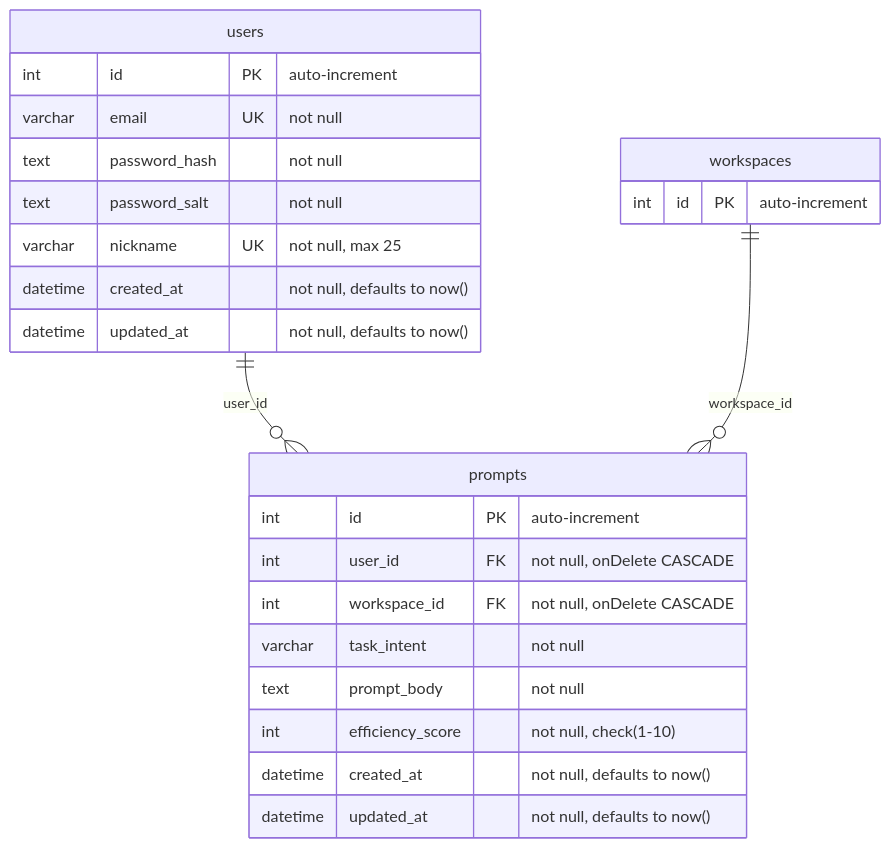
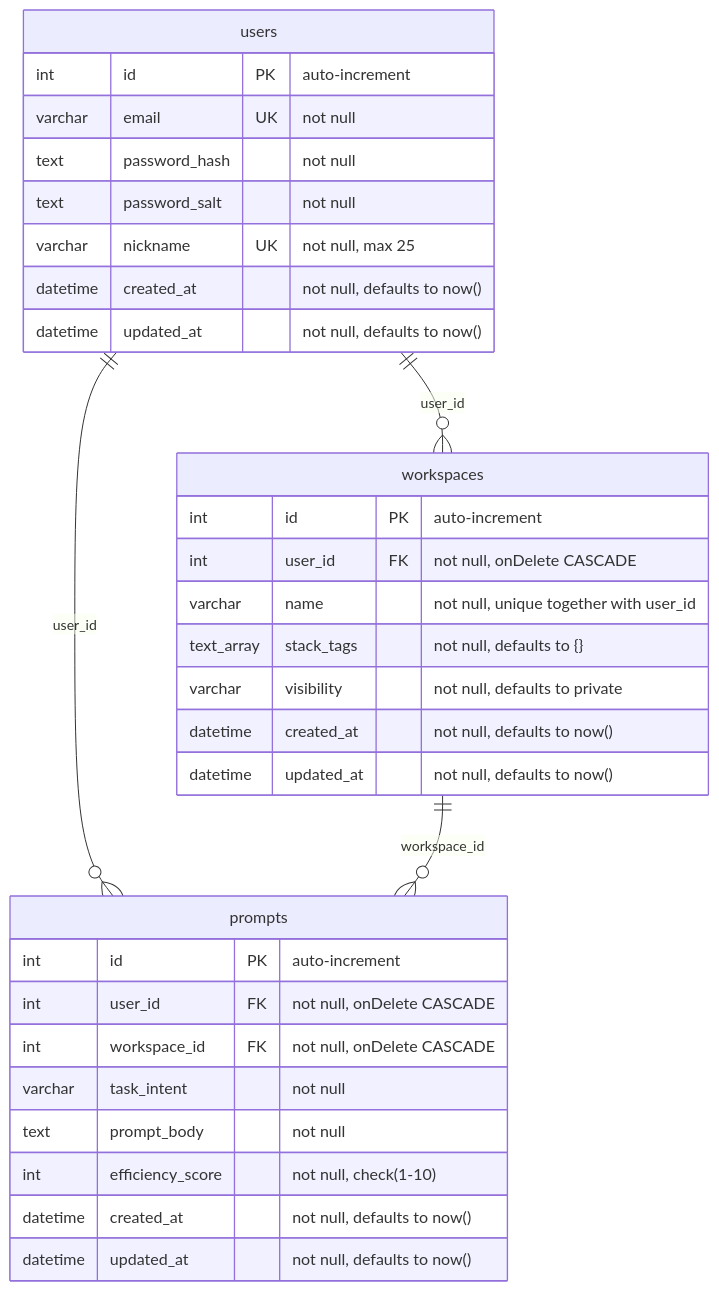
One commit to BinaryStudioAcademy/bsa-2026-promtomat changed the diagram in readme.md. Above: the diagram before and after it, drawn with Mermaid.

Commit message:
docs: document the workspaces table pm-70

````diff
--- a/readme.md
+++ b/readme.md
@@ -40,30 +40,37 @@
 ```mermaid
 erDiagram
+    users ||--o{ workspaces : "user_id"
     users ||--o{ prompts : "user_id"
     workspaces ||--o{ prompts : "workspace_id"
 
     users {
         int id PK "auto-increment"
         varchar email UK "not null"
         text password_hash "not null"
         text password_salt "not null"
         varchar nickname UK "not null, max 25"
         datetime created_at "not null, defaults to now()"
         datetime updated_at "not null, defaults to now()"
     }
 
     workspaces {
         int id PK "auto-increment"
+        int user_id FK "not null, onDelete CASCADE"
+        varchar name "not null, unique together with user_id"
+        text_array stack_tags "not null, defaults to {}"
+        varchar visibility "not null, defaults to private"
+        datetime created_at "not null, defaults to now()"
+        datetime updated_at "not null, defaults to now()"
     }
 
     prompts {
         int id PK "auto-increment"
         int user_id FK "not null, onDelete CASCADE"
         int workspace_id FK "not null, onDelete CASCADE"
         varchar task_intent "not null"
         text prompt_body "not null"
         int efficiency_score "not null, check(1-10)"
         datetime created_at "not null, defaults to now()"
         datetime updated_at "not null, defaults to now()"
     }
 ```
````
